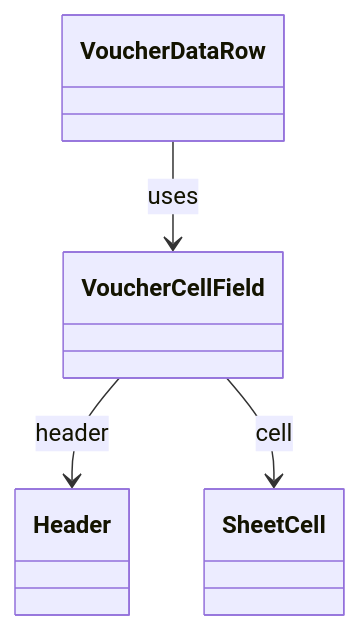
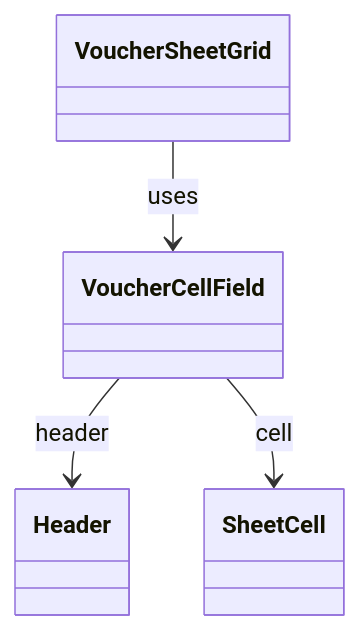
One commit to MinamiyamaKotaro/m3_pad changed the diagram in docs/design/lib/src/features/voucher/presentation/widgets/voucher_cell_field.md. Above: the diagram before and after it, drawn with Mermaid. The commit also changed other lines of this file and 21 other files, not shown here.

````diff
--- a/docs/design/lib/src/features/voucher/presentation/widgets/voucher_cell_field.md
+++ b/docs/design/lib/src/features/voucher/presentation/widgets/voucher_cell_field.md
@@ -13,6 +15,6 @@
 ```mermaid
 classDiagram
-    VoucherDataRow --> VoucherCellField : uses
+    VoucherSheetGrid --> VoucherCellField : uses
     VoucherCellField --> Header : header
     VoucherCellField --> SheetCell : cell
 ```
````
